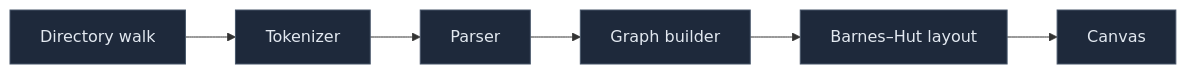
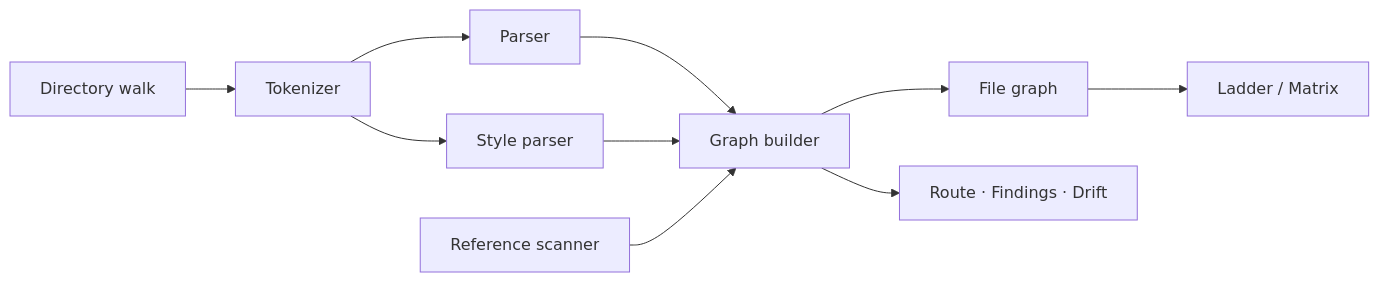
One commit to mahmudulashev/Atlas changed the diagram in README.md. Above: the diagram before and after it, drawn with Mermaid. The commit also changed other lines of this file and 6 other files, not shown here.

Commit message:
docs: update project documentation, branding assets, and architecture description

````diff
--- a/README.md
+++ b/README.md
@@ -83,15 +112,12 @@
 ```mermaid
 flowchart LR
     A[Directory walk] --> B[Tokenizer]
     B --> C[Parser]
+    B --> S[Style parser]
     C --> D[Graph builder]
-    D --> E[Barnes–Hut layout]
-    E --> F[Canvas]
-
-    style A fill:#1e293b,stroke:#475569,color:#e2e8f0
-    style B fill:#1e293b,stroke:#475569,color:#e2e8f0
-    style C fill:#1e293b,stroke:#475569,color:#e2e8f0
-    style D fill:#1e293b,stroke:#475569,color:#e2e8f0
-    style E fill:#1e293b,stroke:#475569,color:#e2e8f0
-    style F fill:#1e293b,stroke:#475569,color:#e2e8f0
+    S --> D
+    R[Reference scanner] --> D
+    D --> E[File graph]
+    E --> F[Ladder / Matrix]
+    D --> G[Route · Findings · Drift]
 ```
````
